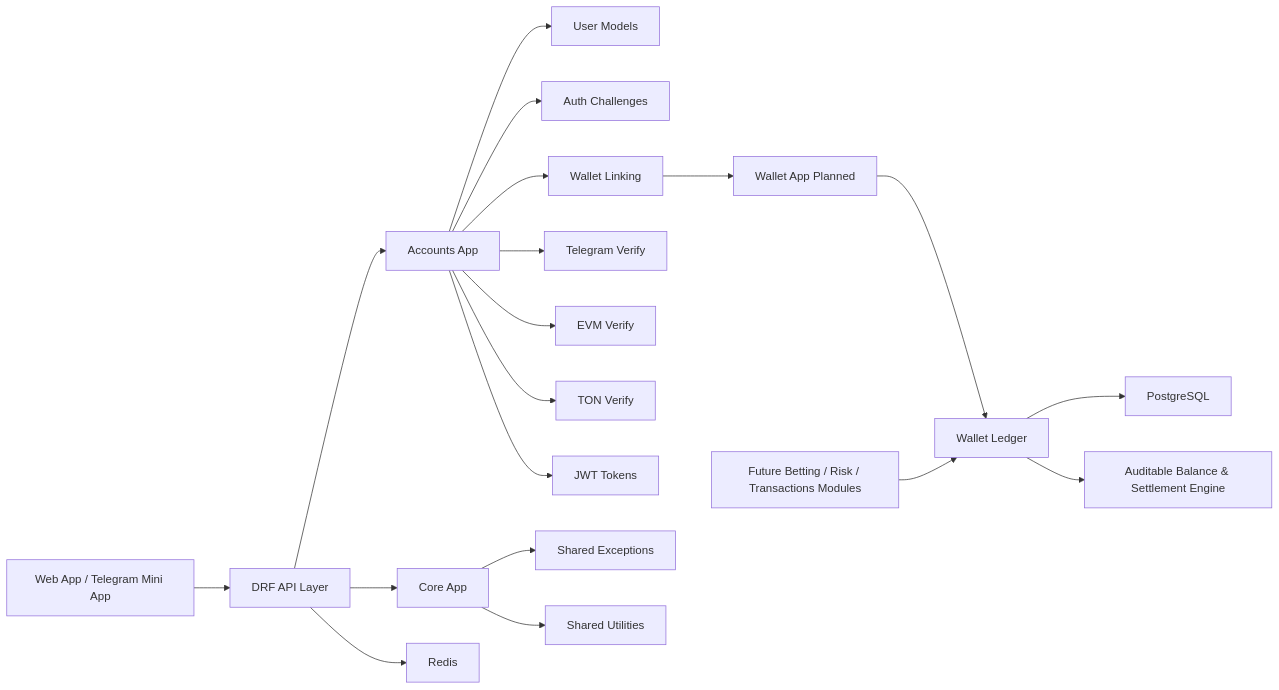
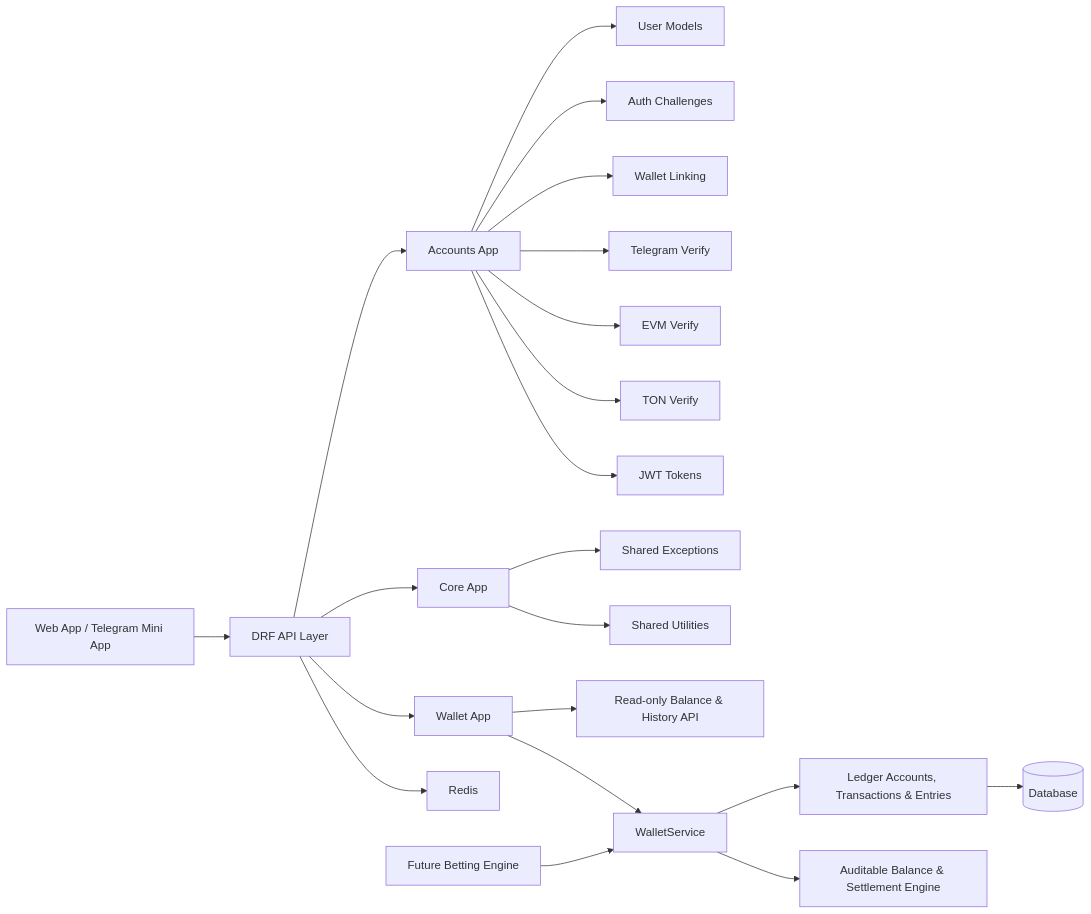
One commit to Corawl13/RyoLand changed the diagram in README.md. Above: the diagram before and after it, drawn with Mermaid. The commit also changed other lines of this file, not shown here.

````diff
--- a/README.md
+++ b/README.md
@@ -95,25 +95,27 @@
 ```mermaid
 flowchart LR
     A[Web App / Telegram Mini App] --> B[DRF API Layer]
     B --> C[Accounts App]
     B --> D[Core App]
+    B --> W[Wallet App]
 
     C --> E[User Models]
     C --> F[Auth Challenges]
     C --> G[Wallet Linking]
     C --> H[Telegram Verify]
     C --> I[EVM Verify]
     C --> J[TON Verify]
     C --> K[JWT Tokens]
 
     D --> L[Shared Exceptions]
     D --> M[Shared Utilities]
 
-    G --> N[Wallet App Planned]
-    N --> O[Wallet Ledger]
-    O --> P[PostgreSQL]
+    W --> X[Read-only Balance & History API]
+    W --> Y[WalletService]
+    Y --> Z[Ledger Accounts, Transactions & Entries]
+    Z --> P[(Database)]
     B --> Q[Redis]
 
-    R[Future Betting / Risk / Transactions Modules] --> O
-    O --> S[Auditable Balance & Settlement Engine]
+    R[Future Betting Engine] --> Y
+    Y --> S[Auditable Balance & Settlement Engine]
 ```
````
